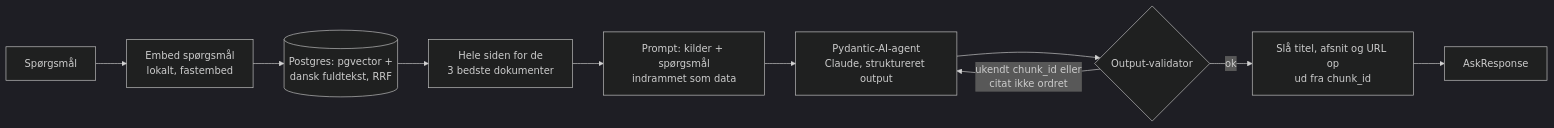
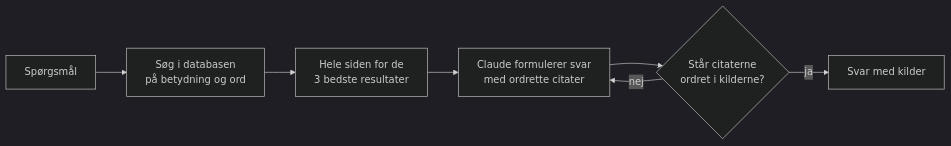
The diagram in README.md (erikhermansen/odense-rag), drawn with Mermaid (dark theme) before and after one commit. The commit also changed other lines of this file and 1 other file, not shown here.

````diff
--- a/README.md
+++ b/README.md
@@ -119,12 +132,9 @@
 ```mermaid
 flowchart LR
-    Q[Spørgsmål] --> E[Embed spørgsmål<br/>lokalt, fastembed]
-    E --> R[(Postgres: pgvector +<br/>dansk fuldtekst, RRF)]
-    R --> D[Hele siden for de<br/>3 bedste dokumenter]
-    D --> P[Prompt: kilder + spørgsmål<br/>indrammet som data]
-    P --> L[Pydantic-AI-agent<br/>Claude, struktureret output]
-    L --> V{Output-validator}
-    V -- "ukendt chunk_id eller<br/>citat ikke ordret" --> L
-    V -- ok --> S[Slå titel, afsnit og URL op<br/>ud fra chunk_id]
-    S --> A[AskResponse]
+    Q[Spørgsmål] --> S[Søg i databasen<br/>på betydning og ord]
+    S --> D[Hele siden for de<br/>3 bedste resultater]
+    D --> L[Claude formulerer svar<br/>med ordrette citater]
+    L --> V{Står citaterne<br/>ordret i kilderne?}
+    V -- nej --> L
+    V -- ja --> A[Svar med kilder]
 ```
````
